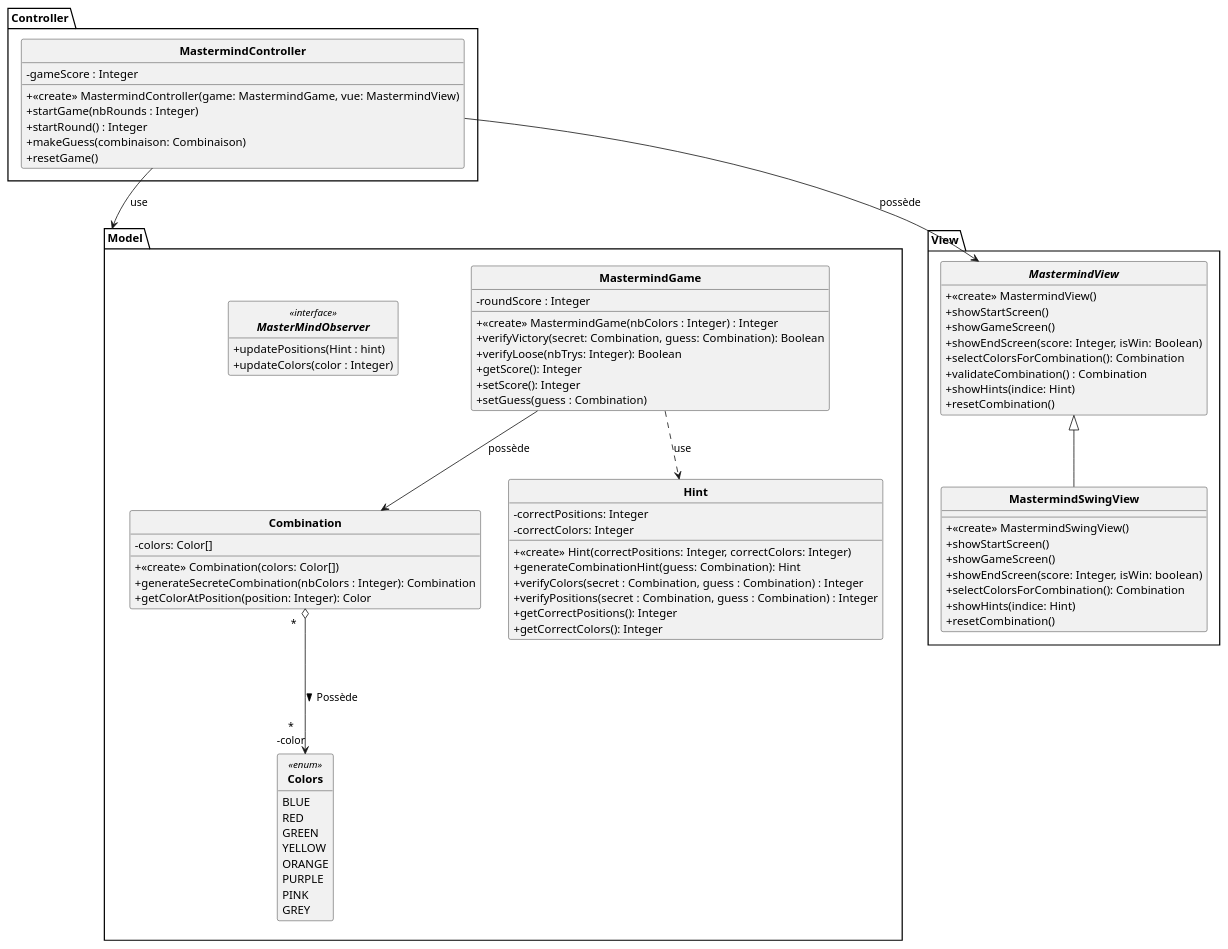
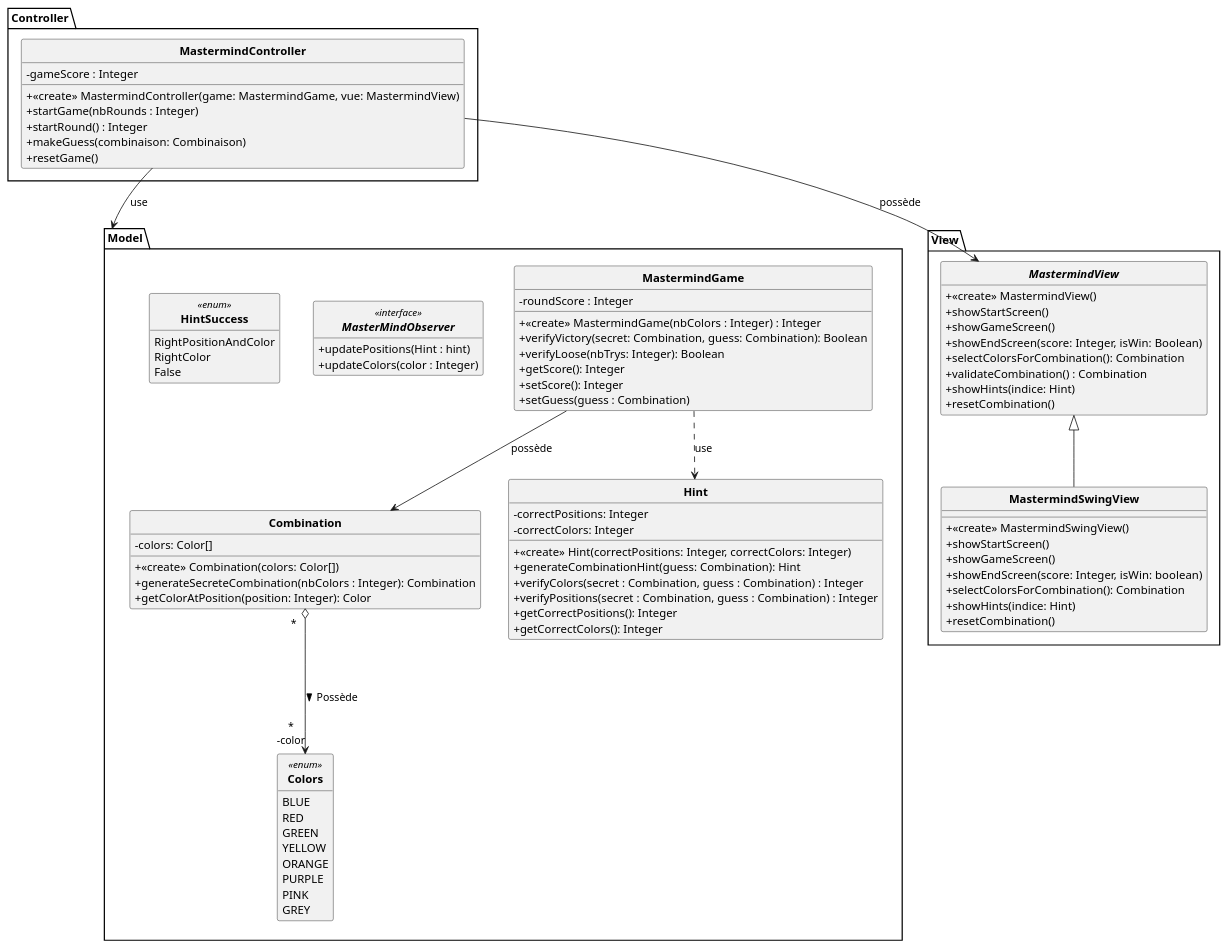
One commit to Taijin4/Mastermind changed the diagram in DCC.puml. Above: the diagram before and after it, drawn with PlantUML. The commit also changed 8 other files, not shown here.

Commit message:
Ajout du HintSuccess enum dans le DCC

```diff
--- a/DCC.puml
+++ b/DCC.puml
@@ -1,102 +1,108 @@
 @startuml
 
 skinparam style strictuml
 skinparam classAttributeIconSize 0
 skinparam classFontStyle Bold
 hide enum methods
 hide interface attributes
 
 package Model {
 
     class MastermindGame {
         - roundScore : Integer
         + <<create>> MastermindGame(nbColors : Integer) : Integer
         + verifyVictory(secret: Combination, guess: Combination): Boolean
         + verifyLoose(nbTrys: Integer): Boolean
         + getScore(): Integer
         + setScore(): Integer
         + setGuess(guess : Combination)
     }
 
     class Combination {
         - colors: Color[]
         + <<create>> Combination(colors: Color[])
         + generateSecreteCombination(nbColors : Integer): Combination
         + getColorAtPosition(position: Integer): Color
     }
 
     class Hint {
         - correctPositions: Integer
         - correctColors: Integer
         + <<create>> Hint(correctPositions: Integer, correctColors: Integer)
         + generateCombinationHint(guess: Combination): Hint
         + verifyColors(secret : Combination, guess : Combination) : Integer
         + verifyPositions(secret : Combination, guess : Combination) : Integer
         + getCorrectPositions(): Integer
         + getCorrectColors(): Integer
     }
 
     enum Colors <<enum>>{
         BLUE
         RED
         GREEN
         YELLOW
         ORANGE
         PURPLE
         PINK
         GREY
     }
 
     interface MasterMindObserver <<interface>>{
         + updatePositions(Hint : hint)
         + updateColors(color : Integer)
     }
 
+    enum HintSuccess <<enum>>{
+        RightPositionAndColor
+        RightColor
+        False
+    }
+
 }
 
 
 package View {
 
     interface MastermindView {
         + <<create>> MastermindView()
         + showStartScreen()
         + showGameScreen()
         + showEndScreen(score: Integer, isWin: Boolean)
         + selectColorsForCombination(): Combination
         + validateCombination() : Combination
         + showHints(indice: Hint)
         + resetCombination()
     }
 
     class MastermindSwingView extends MastermindView{
         + <<create>> MastermindSwingView()
         + showStartScreen()
         + showGameScreen()
         + showEndScreen(score: Integer, isWin: boolean)
         + selectColorsForCombination(): Combination
         + showHints(indice: Hint)
         + resetCombination()
     }
 
 }
 
 package Controller {
 
     class MastermindController {
         - gameScore : Integer
         + <<create>> MastermindController(game: MastermindGame, vue: MastermindView)
         + startGame(nbRounds : Integer)
         + startRound() : Integer
         + makeGuess(combinaison: Combinaison)
         + resetGame()
     }
 
 }
 
 MastermindGame ..> Hint : use
 MastermindGame --> Combination : possède
 MastermindController -->  Model : use
 MastermindController --> MastermindView : possède
 Combination " *   " o---> "*\n-color" Colors : Possède >
 
 @enduml
```
